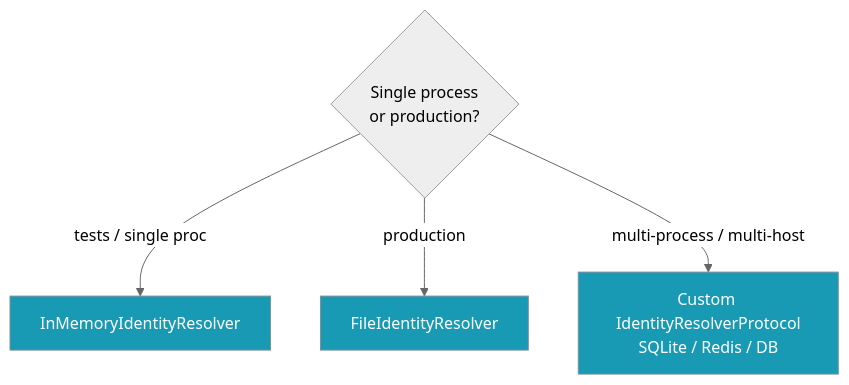
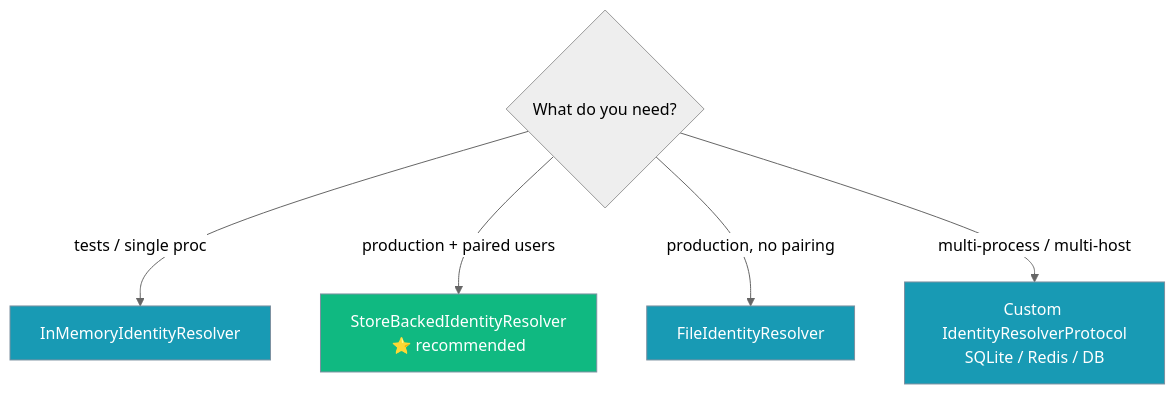
The third of 4 diagrams in docs/features/cross-platform-mirror.mdx (MervinPraison/PraisonAIDocs), drawn with Mermaid (neutral theme) before and after one commit. The commit also changed other lines of this file and 3 other files, not shown here.

Commit message:
docs: add StoreBackedIdentityResolver + praisonai identity CLI docs (fixes #833)

````diff
--- a/docs/features/cross-platform-mirror.mdx
+++ b/docs/features/cross-platform-mirror.mdx
@@ -129,9 +147,12 @@
 ```mermaid
 graph TB
-    Q{Single process<br/>or production?} -->|tests / single proc| IM[InMemoryIdentityResolver]
-    Q -->|production| FI[FileIdentityResolver]
+    Q{What do you need?} -->|tests / single proc| IM[InMemoryIdentityResolver]
+    Q -->|production + paired users| SB[StoreBackedIdentityResolver<br/>⭐ recommended]
+    Q -->|production, no pairing| FI[FileIdentityResolver]
     Q -->|multi-process / multi-host| Custom[Custom IdentityResolverProtocol<br/>SQLite / Redis / DB]
 
     classDef opt fill:#189AB4,stroke:#7C90A0,color:#fff
+    classDef star fill:#10B981,stroke:#7C90A0,color:#fff
     class IM,FI,Custom opt
+    class SB star
 ```
````
